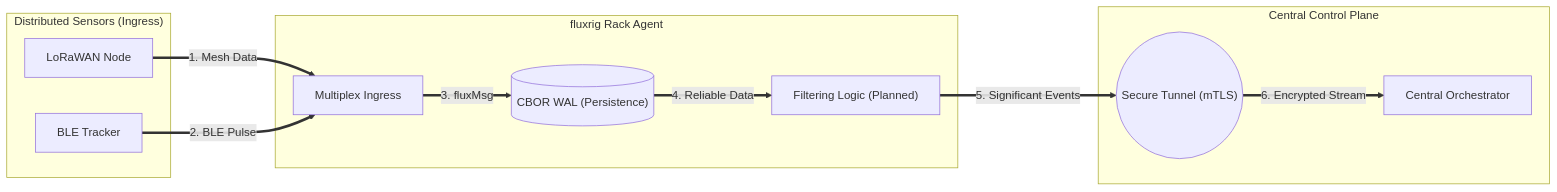
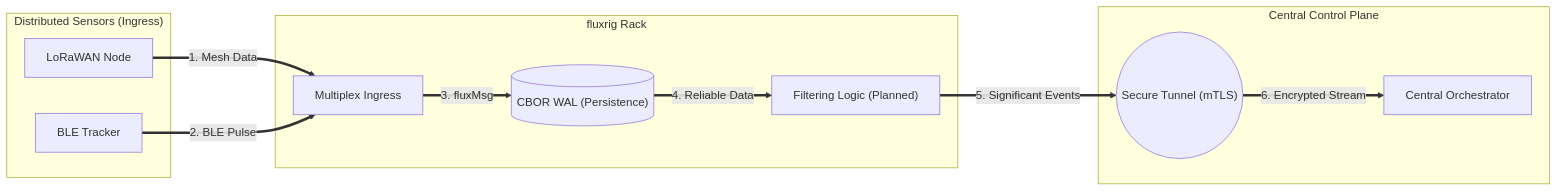
The diagram in docs/use_cases/iot.md (fluxrig/website), drawn with Mermaid before and after one commit. The commit also changed other lines of this file and 38 other files, not shown here.

````diff
--- a/docs/use_cases/iot.md
+++ b/docs/use_cases/iot.md
@@ -41,25 +39,25 @@
 ```mermaid
 graph LR
     subgraph Sensors ["Distributed Sensors (Ingress)"]
         LoRa["LoRaWAN Node"]
         BLE["BLE Tracker"]
     end
 
-    subgraph Rack ["fluxrig Rack Agent"]
+    subgraph Rack ["fluxrig Rack"]
         Ingress["Multiplex Ingress"]
         WAL[("CBOR WAL (Persistence)")]
         Logic["Filtering Logic (Planned)"]
     end
 
     subgraph Cloud ["Central Control Plane"]
         Snake(("Secure Tunnel (mTLS)"))
         Mixer["Central Orchestrator"]
     end
     
     LoRa == "1. Mesh Data" ==> Ingress
     BLE == "2. BLE Pulse" ==> Ingress
     Ingress == "3. fluxMsg" ==> WAL
     WAL == "4. Reliable Data" ==> Logic
     Logic == "5. Significant Events" ==> Snake
     Snake == "6. Encrypted Stream" ==> Mixer
 ```
````
